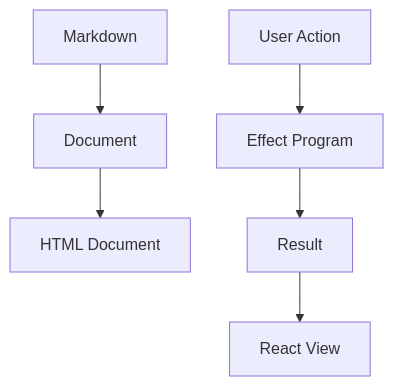
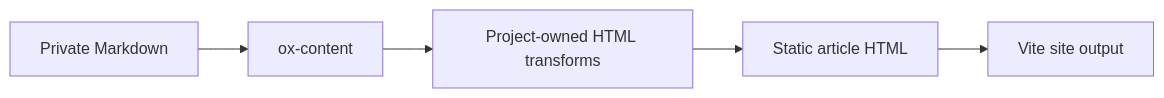
The diagram in docs/architecture/04-content-pipeline.md (mimifuwacc/mimifuwa.cc), drawn with Mermaid before and after one commit. The commit also changed other lines of this file and 72 other files, not shown here.

````diff
--- a/docs/architecture/04-content-pipeline.md
+++ b/docs/architecture/04-content-pipeline.md
@@ -82,8 +6,7 @@
 ```mermaid
-flowchart TD
-  Markdown --> Document
-  Document --> HTML[HTML Document]
-  Action[User Action] --> Program[Effect Program]
-  Program --> Result
-  Result --> View[React View]
+flowchart LR
+  Markdown[Private Markdown] --> Ox[ox-content]
+  Ox --> Transform[Project-owned HTML transforms]
+  Transform --> HTML[Static article HTML]
+  HTML --> Site[Vite site output]
 ```
````
